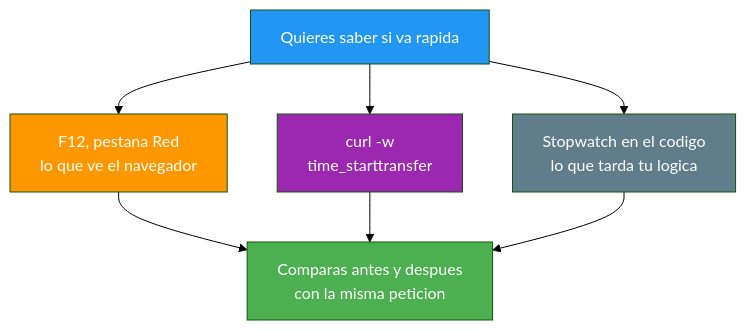
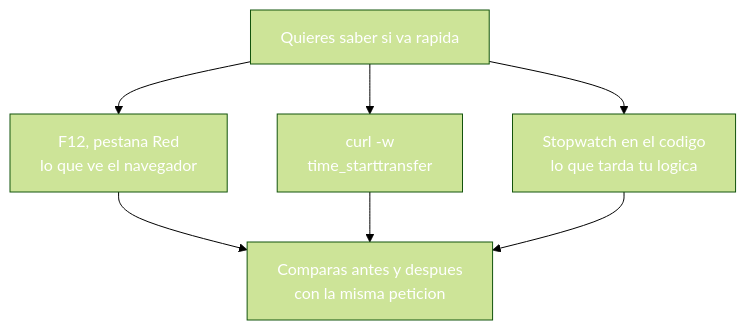
One commit to joseluisgs/DesarrolloWebEntornosServidor-03-2026-2027 changed the second of 6 diagrams in 21-optimizacion-rendimiento.md. Above: the diagram before and after it, drawn with Mermaid (forest theme). The commit also changed other lines of this file and 30 other files, not shown here.

````diff
--- a/21-optimizacion-rendimiento.md
+++ b/21-optimizacion-rendimiento.md
@@ -99,14 +99,14 @@
 ```mermaid
 graph TD
     M["Quieres saber si va rapida"] --> A["F12, pestana Red<br/>lo que ve el navegador"]
     M --> B["curl -w<br/>time_starttransfer"]
     M --> C["Stopwatch en el codigo<br/>lo que tarda tu logica"]
     A --> F["Comparas antes y despues<br/>con la misma peticion"]
     B --> F
     C --> F
-    style M fill:#2196F3,color:#fff
-    style A fill:#FF9800,color:#fff
-    style B fill:#9C27B0,color:#fff
-    style C fill:#607D8B,color:#fff
-    style F fill:#4CAF50,color:#fff
+    style M fill:#2196F,color:#fff3,color:#fff
+    style A fill:#FF980,color:#fff0,color:#fff
+    style B fill:#9C27B,color:#fff0,color:#fff
+    style C fill:#607D8,color:#fffB,color:#fff
+    style F fill:#4CAF5,color:#fff0,color:#fff
 ```
````
